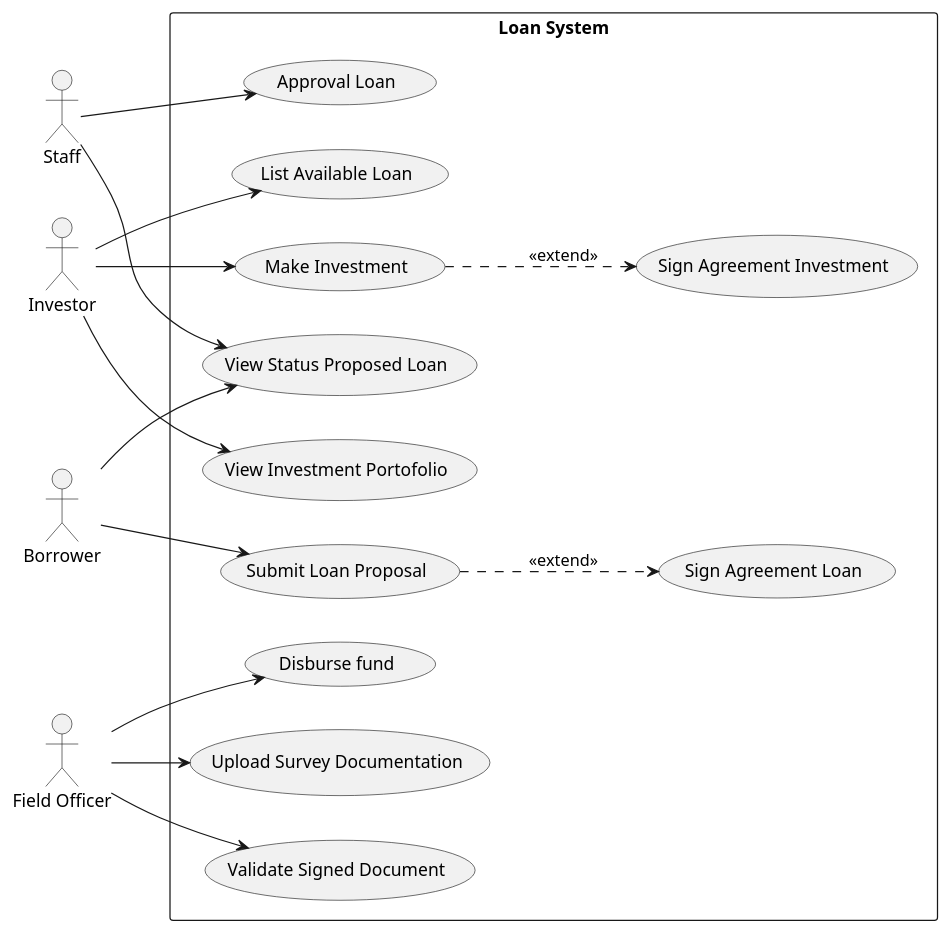
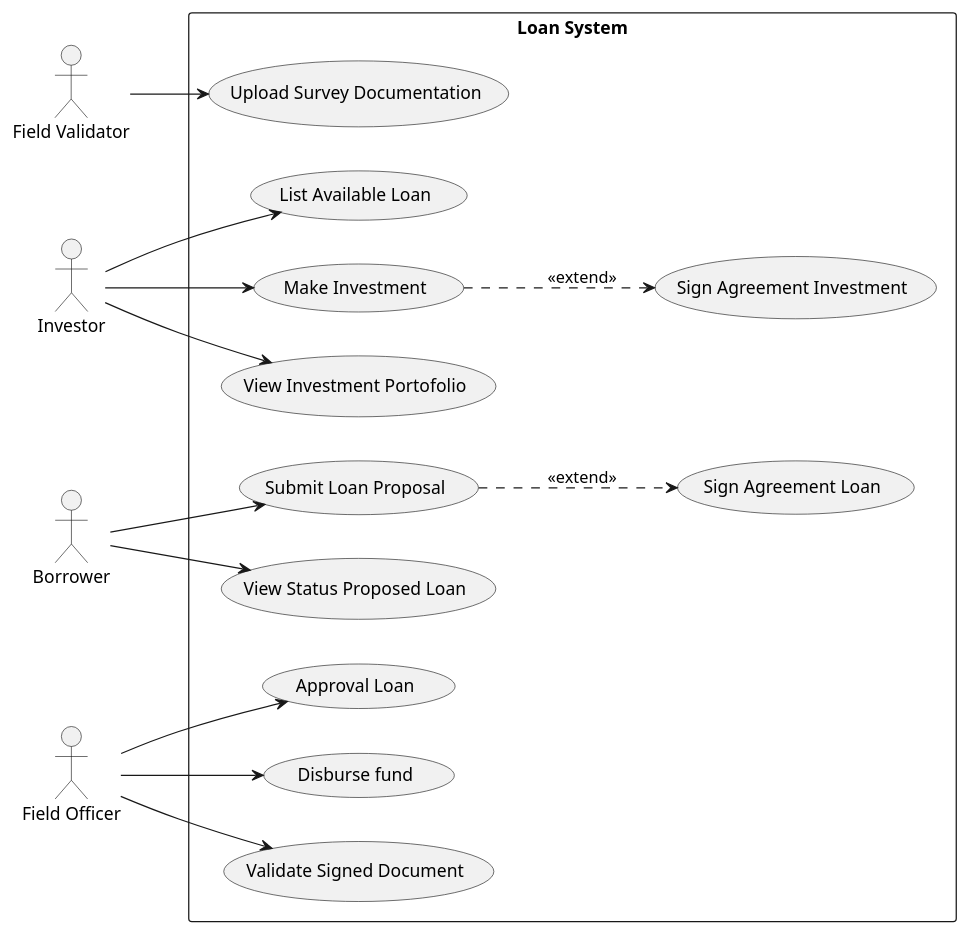
The diagram in doc/diagram/usecase-diagram.plantuml (fajarAnd/loan-engine), drawn with PlantUML before and after one commit. The commit also changed 5 other files, not shown here.

```diff
--- a/doc/diagram/usecase-diagram.plantuml
+++ b/doc/diagram/usecase-diagram.plantuml
@@ -1,37 +1,38 @@
 @startuml velocity_team
 left to right direction
-actor "Staff" as staff
+actor "Field Validator" as staff
 actor "Investor" as investor
 actor "Borrower" as borrower
 actor "Field Officer" as fieldOfficer
 
 
 rectangle system as "Loan System" {
   usecase "Submit Loan Proposal" as proposeLoan
   usecase "View Status Proposed Loan" as statusLoan
   usecase "Approval Loan" as approvalLoan
   usecase "Disburse fund" as disbursement
   usecase "Sign Agreement Loan" as signLoan
   usecase "List Available Loan" as loan
   usecase "Make Investment" as loanInvest
   usecase "Upload Survey Documentation" as inputDocVis
   usecase "Validate Signed Document" as validateSignDoc
   usecase "Sign Agreement Investment" as SignInvestment
   usecase "View Investment Portofolio" as viewPorto
 }
 
 borrower --> proposeLoan
 proposeLoan ..> signLoan: <<extend>>
 borrower --> statusLoan
-staff --> statusLoan
-staff --> approvalLoan
+staff --> inputDocVis
 fieldOfficer --> disbursement
 fieldOfficer --> validateSignDoc
+fieldOfficer --> approvalLoan
+
 investor --> loan
 investor --> viewPorto
 investor --> loanInvest
 loanInvest ..> SignInvestment : <<extend>>
-fieldOfficer --> inputDocVis
+
 
 
 @enduml
```
